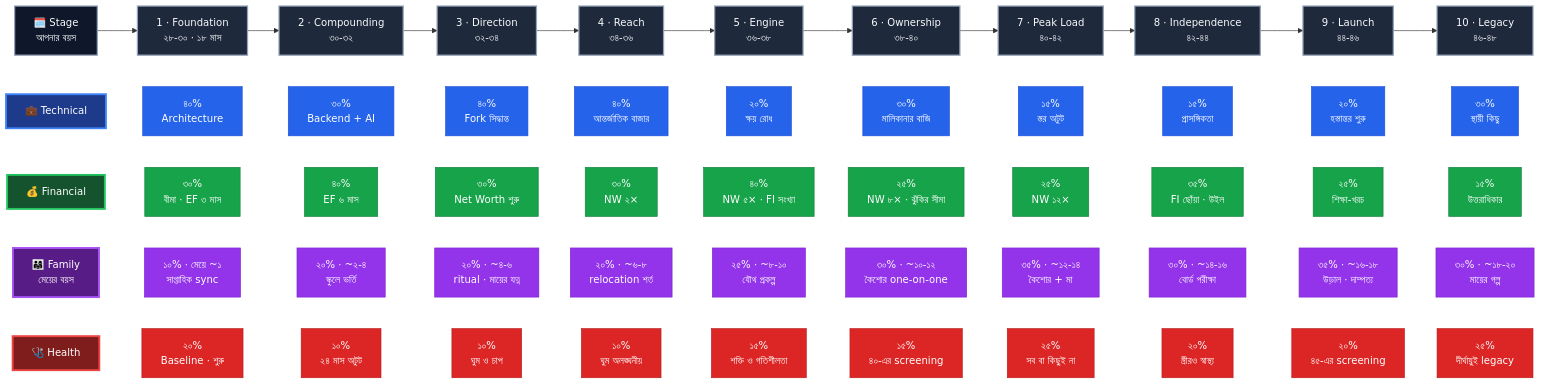
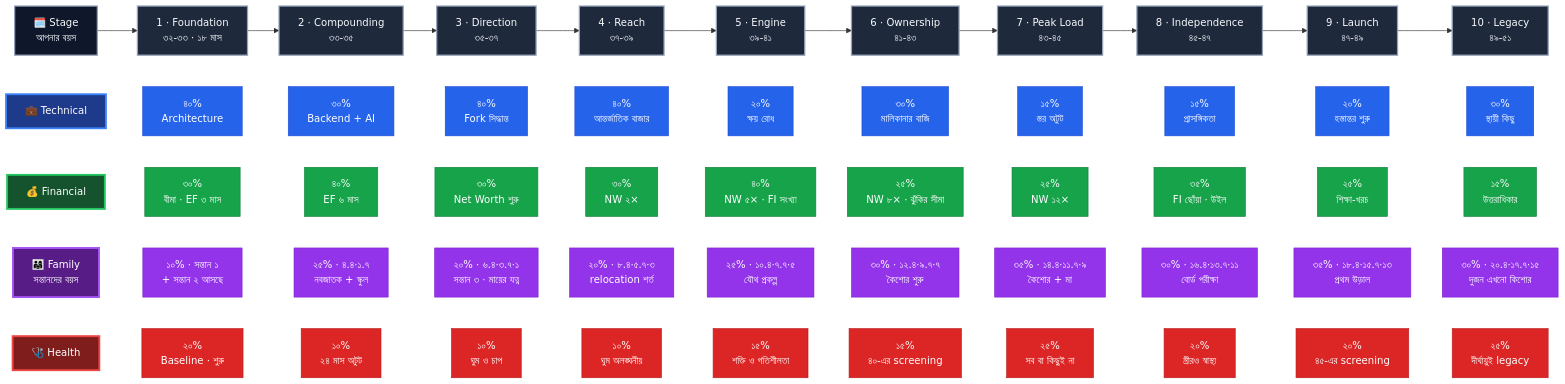
The diagram in docs/README.md (sojibrd/legacy_and_wisdom), drawn with Mermaid before and after one commit. The commit also changed other lines of this file and 29 other files, not shown here.

First line of the commit message:
Add dashboard client, stage tracking, and mermaid diagrams

```diff
--- a/docs/README.md
+++ b/docs/README.md
@@ -174,16 +196,16 @@
 flowchart LR
 
     LA["🗓️ Stage<br/>আপনার বয়স"]
-    A1["1 · Foundation<br/>২৮-৩০ · ১৮ মাস"]
-    A2["2 · Compounding<br/>৩০-৩২"]
-    A3["3 · Direction<br/>৩২-৩৪"]
-    A4["4 · Reach<br/>৩৪-৩৬"]
-    A5["5 · Engine<br/>৩৬-৩৮"]
-    A6["6 · Ownership<br/>৩৮-৪০"]
-    A7["7 · Peak Load<br/>৪০-৪২"]
-    A8["8 · Independence<br/>৪২-৪৪"]
-    A9["9 · Launch<br/>৪৪-৪৬"]
-    A10["10 · Legacy<br/>৪৬-৪৮"]
+    A1["1 · Foundation<br/>৩২-৩৩ · ১৮ মাস"]
+    A2["2 · Compounding<br/>৩৩-৩৫"]
+    A3["3 · Direction<br/>৩৫-৩৭"]
+    A4["4 · Reach<br/>৩৭-৩৯"]
+    A5["5 · Engine<br/>৩৯-৪১"]
+    A6["6 · Ownership<br/>৪১-৪৩"]
+    A7["7 · Peak Load<br/>৪৩-৪৫"]
+    A8["8 · Independence<br/>৪৫-৪৭"]
+    A9["9 · Launch<br/>৪৭-৪৯"]
+    A10["10 · Legacy<br/>৪৯-৫১"]
     LA --> A1 --> A2 --> A3 --> A4 --> A5 --> A6 --> A7 --> A8 --> A9 --> A10
 
     LT["💼 Technical"]
@@ -212,17 +234,17 @@
     F10["১৫%<br/>উত্তরাধিকার"]
     LF ~~~ F1 ~~~ F2 ~~~ F3 ~~~ F4 ~~~ F5 ~~~ F6 ~~~ F7 ~~~ F8 ~~~ F9 ~~~ F10
 
-    LM["👨‍👩‍👧 Family<br/>মেয়ের বয়স"]
-    M1["১০% · মেয়ে ~১<br/>সাপ্তাহিক sync"]
-    M2["২০% · ~২-৪<br/>স্কুলে ভর্তি"]
-    M3["২০% · ~৪-৬<br/>ritual · মায়ের যত্ন"]
-    M4["২০% · ~৬-৮<br/>relocation শর্ত"]
-    M5["২৫% · ~৮-১০<br/>যৌথ প্রকল্প"]
-    M6["৩০% · ~১০-১২<br/>কৈশোর one-on-one"]
-    M7["৩৫% · ~১২-১৪<br/>কৈশোর + মা"]
-    M8["৩০% · ~১৪-১৬<br/>বোর্ড পরীক্ষা"]
-    M9["৩৫% · ~১৬-১৮<br/>উড়াল · দাম্পত্য"]
-    M10["৩০% · ~১৮-২০<br/>মায়ের গল্প"]
+    LM["👨‍👩‍👧 Family<br/>সন্তানদের বয়স"]
+    M1["১০% · সন্তান ১<br/>+ সন্তান ২ আসছে"]
+    M2["২৫% · ৪.৪·১.৭<br/>নবজাতক + স্কুল"]
+    M3["২০% · ৬.৪·৩.৭·১<br/>সন্তান ৩ · মায়ের যত্ন"]
+    M4["২০% · ৮.৪·৫.৭·৩<br/>relocation শর্ত"]
+    M5["২৫% · ১০.৪·৭.৭·৫<br/>যৌথ প্রকল্প"]
+    M6["৩০% · ১২.৪·৯.৭·৭<br/>কৈশোর শুরু"]
+    M7["৩৫% · ১৪.৪·১১.৭·৯<br/>কৈশোর + মা"]
+    M8["৩০% · ১৬.৪·১৩.৭·১১<br/>বোর্ড পরীক্ষা"]
+    M9["৩৫% · ১৮.৪·১৫.৭·১৩<br/>প্রথম উড়াল"]
+    M10["৩০% · ২০.৪·১৭.৭·১৫<br/>দুজন এখনো কিশোর"]
     LM ~~~ M1 ~~~ M2 ~~~ M3 ~~~ M4 ~~~ M5 ~~~ M6 ~~~ M7 ~~~ M8 ~~~ M9 ~~~ M10
 
     LH["🩺 Health"]
```
